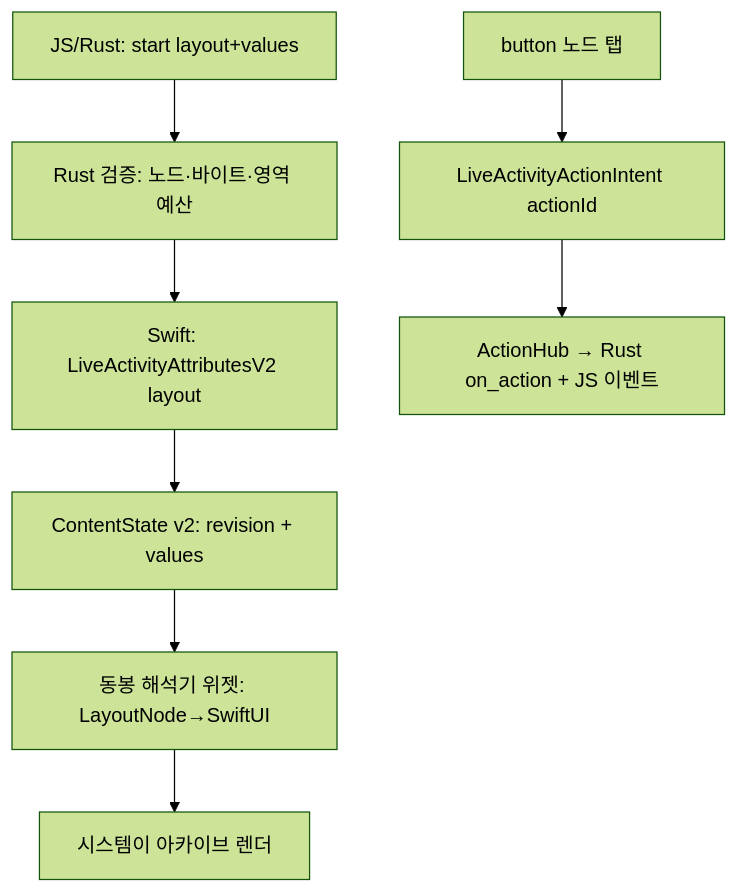
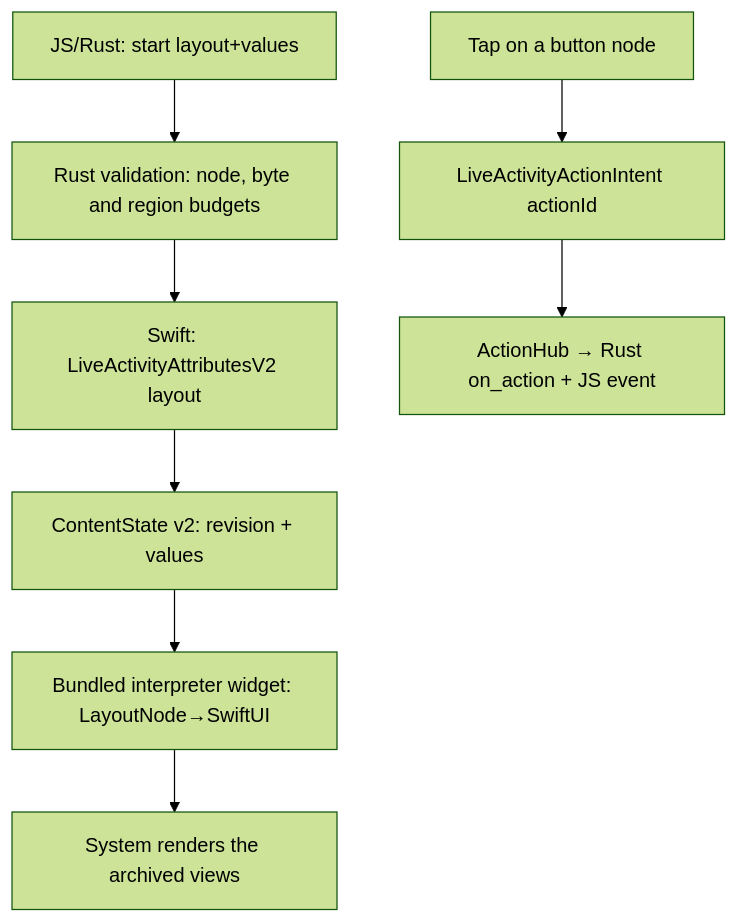
The diagram in docs/rfc-layout-dsl.md (1eedaegon/tauri-plugin-live-activity), drawn with Mermaid (forest theme) before and after one commit. The commit also changed other lines of this file and 5 other files, not shown here.

First line of the commit message:
docs: the architecture, RFC and development notes in English

````diff
--- a/docs/rfc-layout-dsl.md
+++ b/docs/rfc-layout-dsl.md
@@ -31,10 +38,10 @@
 ```mermaid
 flowchart TD
-    A[JS/Rust: start layout+values] --> B[Rust 검증: 노드·바이트·영역 예산]
+    A[JS/Rust: start layout+values] --> B[Rust validation: node, byte and region budgets]
     B --> C[Swift: LiveActivityAttributesV2 layout]
     C --> D[ContentState v2: revision + values]
-    D --> E[동봉 해석기 위젯: LayoutNode→SwiftUI]
-    E --> F[시스템이 아카이브 렌더]
-    G[button 노드 탭] --> H[LiveActivityActionIntent actionId]
-    H --> I[ActionHub → Rust on_action + JS 이벤트]
+    D --> E[Bundled interpreter widget: LayoutNode→SwiftUI]
+    E --> F[System renders the archived views]
+    G[Tap on a button node] --> H[LiveActivityActionIntent actionId]
+    H --> I[ActionHub → Rust on_action + JS event]
 ```
````
